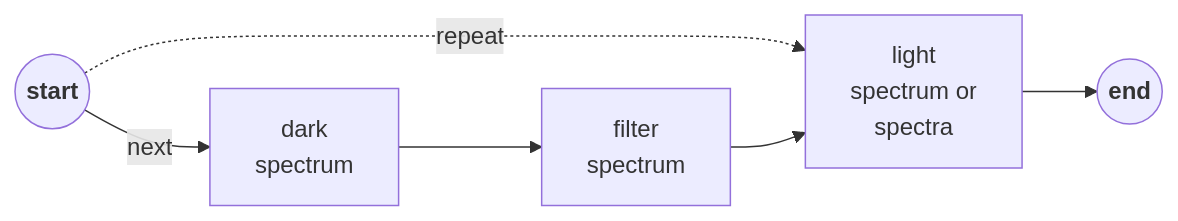
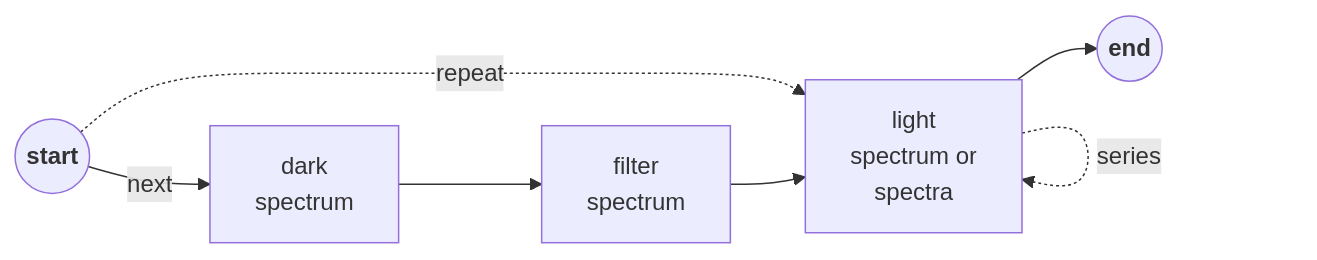
One commit to aphalo/r4p-blog changed diagram 11 of 11 in pages/acq-irrad-tutorial.qmd. Above: the diagram before and after it, drawn with Mermaid. The commit also changed other lines of this file and 1 other file, not shown here.

Commit message:
acq-irrad-tutorial add figure legends and edit

````diff
--- a/pages/acq-irrad-tutorial.qmd
+++ b/pages/acq-irrad-tutorial.qmd
@@ -359,6 +417,9 @@
 ```{mermaid}
+%%| label: fig-protocol-dfl
+%%| fig-cap: Flow chart of the measurement steps for protocol _dark + filter + light_ or `dfl`.
 flowchart LR
   S((<b>start</b>)) --next--> A
   S -.repeat.-> C
   A[dark\nspectrum] --> B[filter\nspectrum] --> C[light\nspectrum or\nspectra] --> E((<b>end</b>))
+  C -.series.-> C
 ```
````
